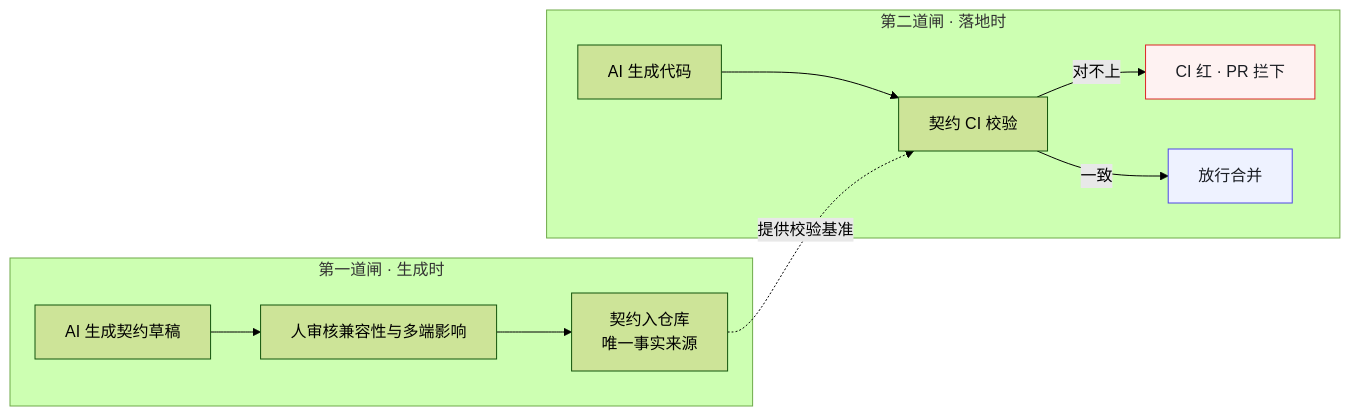
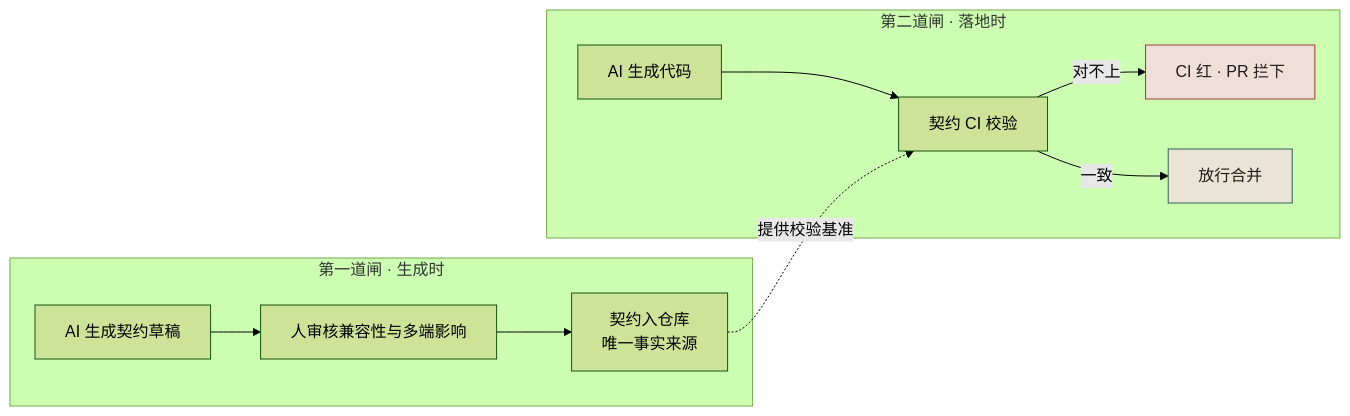
Before and after one commit to funny8kids/AI_Native_Software_Engineering: the second of 3 diagrams in docs/manuscript/ch32-第27章-契约治理.md, drawn with Mermaid (forest theme). The commit also changed other lines of this file and 81 other files, not shown here.

````diff
--- a/docs/manuscript/ch32-第27章-契约治理.md
+++ b/docs/manuscript/ch32-第27章-契约治理.md
@@ -76,15 +78,15 @@
 ```mermaid
 flowchart LR
   subgraph G1["第一道闸 · 生成时"]
     A[AI 生成契约草稿] --> B[人审核兼容性与多端影响]
     B --> C[契约入仓库<br/>唯一事实来源]
   end
   subgraph G2["第二道闸 · 落地时"]
     D[AI 生成代码] --> E[契约 CI 校验]
     E -->|对不上| F[CI 红 · PR 拦下]
     E -->|一致| G[放行合并]
   end
   C -.提供校验基准.-> E
-  style F fill:#fef2f2,stroke:#dc2626,color:#1a1d23
-  style G fill:#eef2ff,stroke:#4f46e5,color:#1a1d23
+  style F fill:#f0dfd9,stroke:#a03b31,color:#1e1c19
+  style G fill:#eae4d6,stroke:#2f6154,color:#1e1c19
 ```
````
